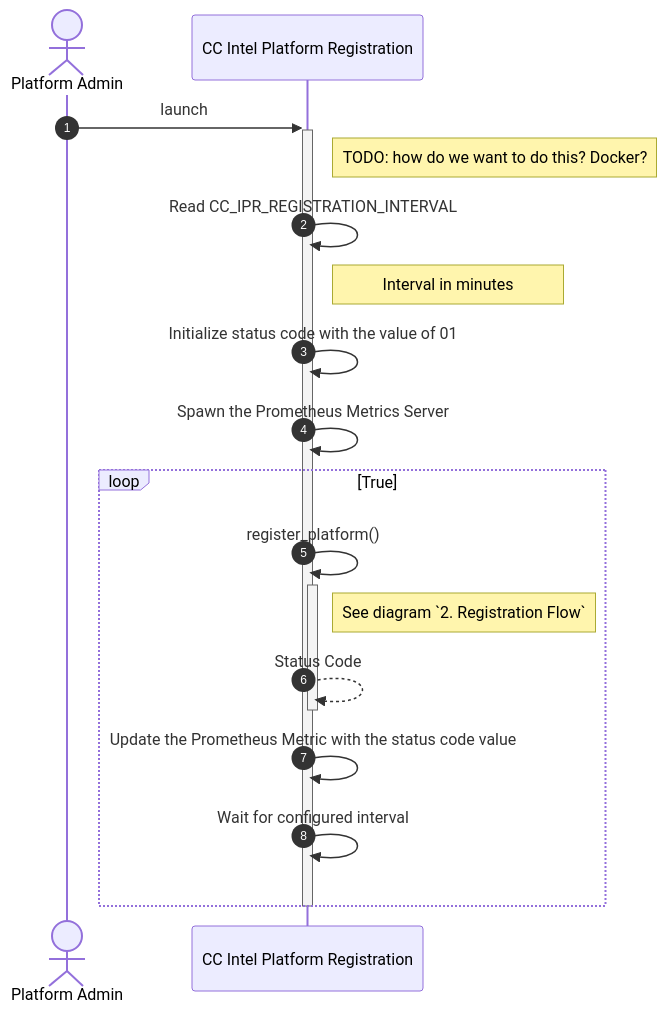
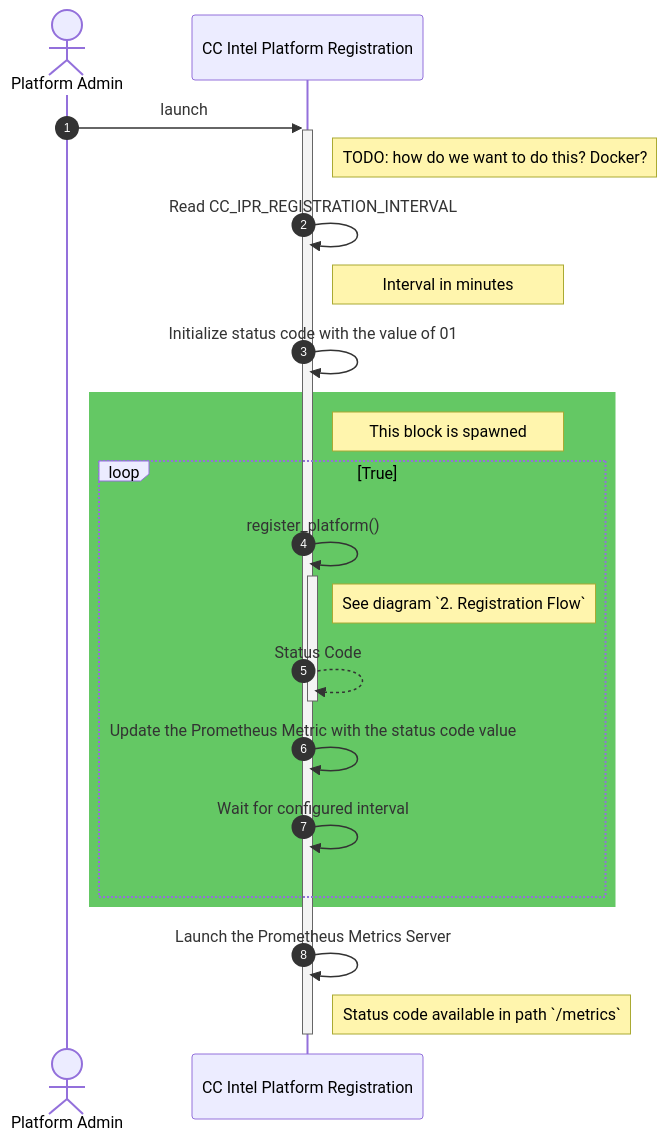
The first of 4 diagrams in docs/sequence_diagrams/registration.md (opensovereigncloud/cc-intel-platform-registration), drawn with Mermaid before and after one commit. The commit also changed other lines of this file, not shown here.

Commit message:
enhance flow

````diff
--- a/docs/sequence_diagrams/registration.md
+++ b/docs/sequence_diagrams/registration.md
@@ -42,29 +40,34 @@
 ```mermaid
 sequenceDiagram
     actor admin as Platform Admin
     participant cc_ipr as CC Intel Platform Registration
     
     autonumber
 
     admin->>+cc_ipr: launch
         note right of cc_ipr: TODO: how do we want to do this? Docker?
 
         cc_ipr->>cc_ipr: Read CC_IPR_REGISTRATION_INTERVAL
         note right of cc_ipr: Interval in minutes
 
         cc_ipr->>cc_ipr: Initialize status code with the value of 01
 
-        cc_ipr->>cc_ipr: Spawn the Prometheus Metrics Server
+        rect rgb(100, 200, 100)
+            note right of cc_ipr: This block is spawned
+            
+            loop True
+                cc_ipr->>+cc_ipr: register_platform()
+                    note right of cc_ipr: See diagram `2. Registration Flow`
+                cc_ipr-->>-cc_ipr: Status Code
 
-        loop True
-            cc_ipr->>+cc_ipr: register_platform()
-                note right of cc_ipr: See diagram `2. Registration Flow`
-            cc_ipr-->>-cc_ipr: Status Code
+                cc_ipr->>cc_ipr: Update the Prometheus Metric with the status code value
 
-            cc_ipr->>cc_ipr: Update the Prometheus Metric with the status code value
+                cc_ipr->>cc_ipr: Wait for configured interval
+            end
+        end
 
-            cc_ipr->>cc_ipr: Wait for configured interval
-        end
+        cc_ipr->>cc_ipr: Launch the Prometheus Metrics Server
+        note right of cc_ipr: Status code available in path `/metrics`
 
     deactivate cc_ipr
 ```
````
